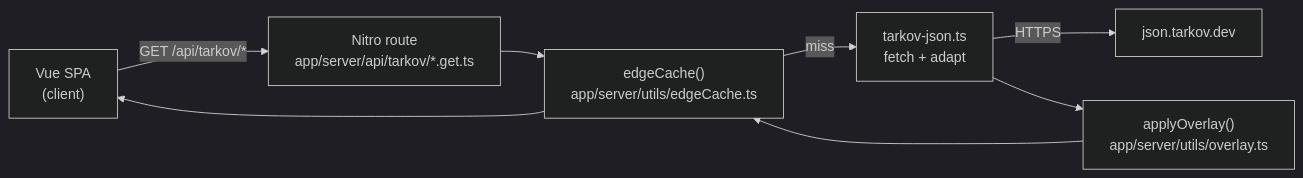
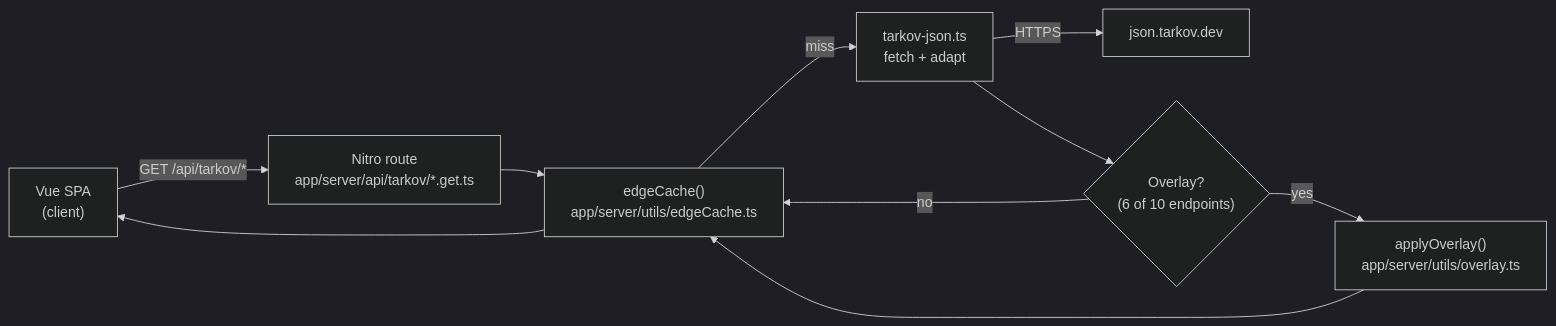
The first of 5 diagrams in docs/SYSTEMS.md (tarkovtracker-org/TarkovTracker), drawn with Mermaid (dark theme) before and after one commit. The commit also changed other lines of this file, not shown here.

````diff
--- a/docs/SYSTEMS.md
+++ b/docs/SYSTEMS.md
@@ -61,10 +66,12 @@
 ```mermaid
 flowchart LR
     Browser["Vue SPA<br/>(client)"] -->|GET /api/tarkov/*| Route["Nitro route<br/>app/server/api/tarkov/*.get.ts"]
     Route --> Cache["edgeCache()<br/>app/server/utils/edgeCache.ts"]
     Cache -->|miss| Fetch["tarkov-json.ts<br/>fetch + adapt"]
     Fetch -->|HTTPS| Upstream["json.tarkov.dev"]
-    Fetch --> Overlay["applyOverlay()<br/>app/server/utils/overlay.ts"]
-    Overlay --> Cache
+    Fetch --> Overlay{"Overlay?<br/>(6 of 10 endpoints)"}
+    Overlay -->|yes| ApplyOverlay["applyOverlay()<br/>app/server/utils/overlay.ts"]
+    Overlay -->|no| Cache
+    ApplyOverlay --> Cache
     Cache --> Browser
 ```
````
